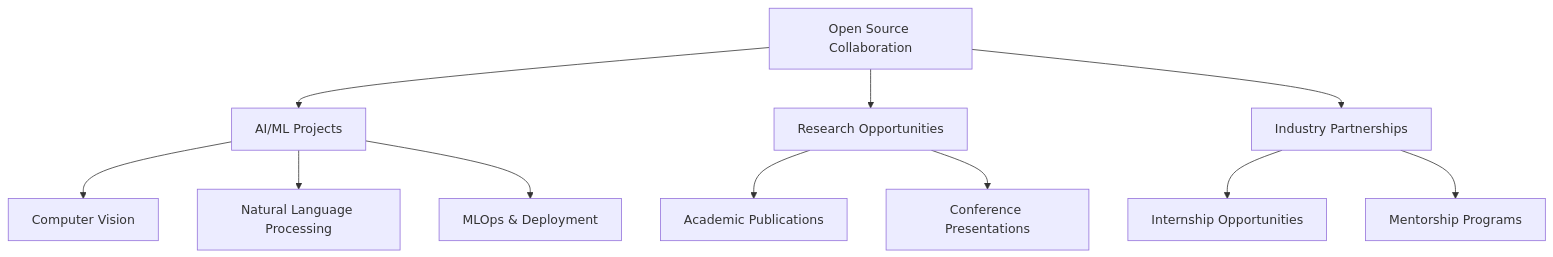
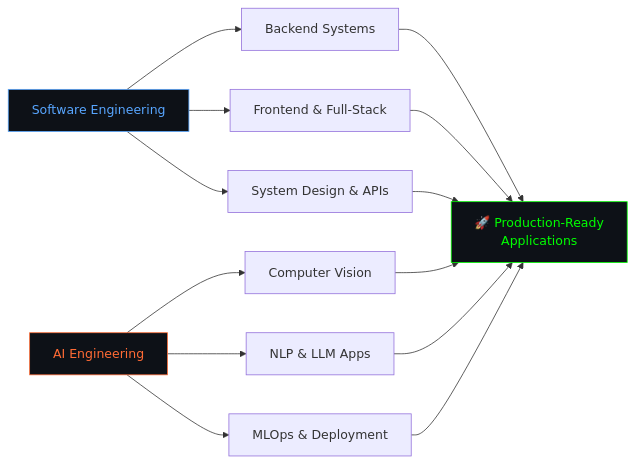
One commit to Arfazrll/Arfazrll changed the first of 2 diagrams in README.md. Above: the diagram before and after it, drawn with Mermaid. The commit also changed other lines of this file, not shown here.

````diff
--- a/README.md
+++ b/README.md
@@ -86,16 +89,21 @@
 ```mermaid
-graph TD
-    A[Open Source Collaboration] --> B[AI/ML Projects]
-    A --> C[Research Opportunities]
-    A --> D[Industry Partnerships]
-    
-    B --> E[Computer Vision]
-    B --> F[Natural Language Processing]
-    B --> G[MLOps & Deployment]
-    
-    C --> H[Academic Publications]
-    C --> I[Conference Presentations]
-    
-    D --> J[Internship Opportunities]
-    D --> K[Mentorship Programs]
+graph LR
+    A[Software Engineering] --> B[Backend Systems]
+    A --> C[Frontend & Full-Stack]
+    A --> D[System Design & APIs]
+
+    E[AI Engineering] --> F[Computer Vision]
+    E --> G[NLP & LLM Apps]
+    E --> H[MLOps & Deployment]
+
+    B --> I[🚀 Production-Ready<br>Applications]
+    C --> I
+    D --> I
+    F --> I
+    G --> I
+    H --> I
+
+    style A fill:#0D1117,stroke:#58A6FF,color:#58A6FF
+    style E fill:#0D1117,stroke:#FF6B35,color:#FF6B35
+    style I fill:#0D1117,stroke:#00FF00,color:#00FF00
 ```
````
